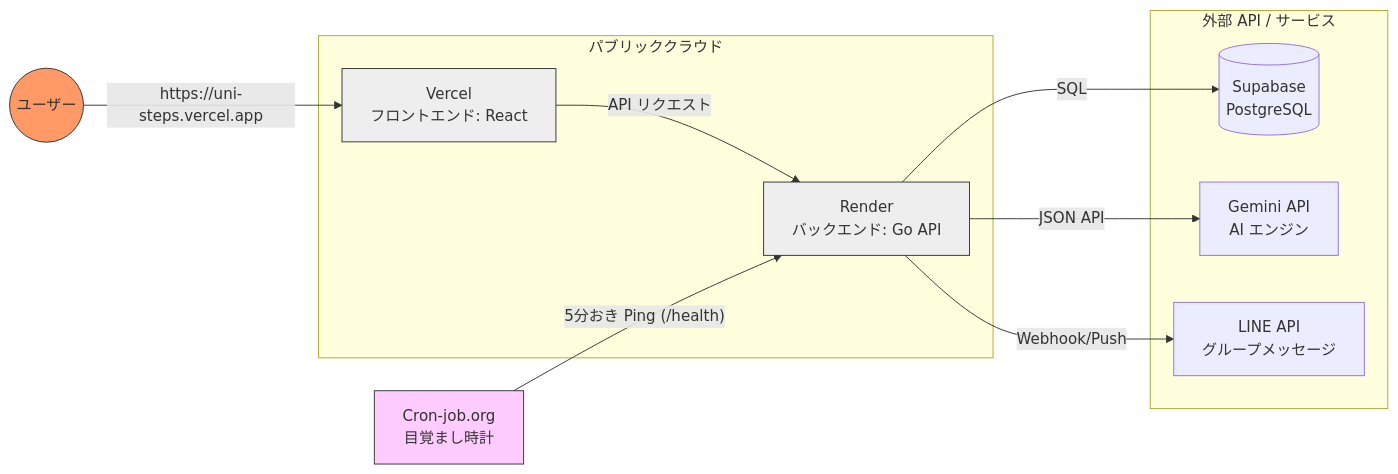
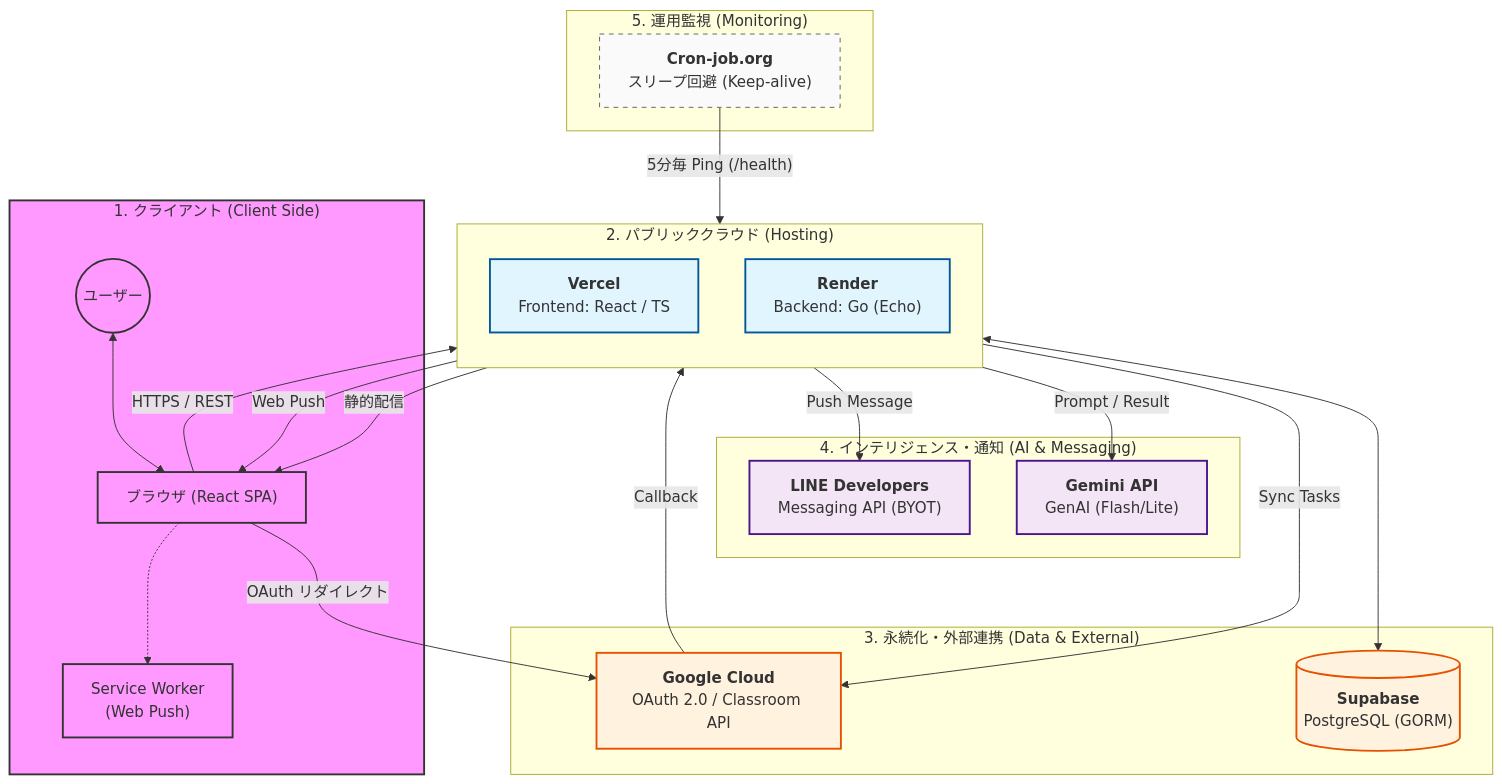
The diagram in docs/infrastructure/architecture.md (yuma25/Uni-Steps), drawn with Mermaid before and after one commit. The commit also changed other lines of this file and 3 other files, not shown here.

First line of the commit message:
feat: サマリー通知の精度向上、UIの整理、およびインフラ構成図の刷新

````diff
--- a/docs/infrastructure/architecture.md
+++ b/docs/infrastructure/architecture.md
@@ -6,29 +11,61 @@
 ```mermaid
-graph LR
-    User((ユーザー))
-    Cron[Cron-job.org<br/>目覚まし時計]
-    
-    subgraph "パブリッククラウド"
-        Vercel[Vercel<br/>フロントエンド: React]
-        Render[Render<br/>バックエンド: Go API]
+graph TB
+    subgraph Client ["1. クライアント (Client Side)"]
+        User((ユーザー))
+        Browser["ブラウザ (React SPA)"]
+        SW["Service Worker<br/>(Web Push)"]
     end
 
-    subgraph "外部 API / サービス"
-        Supabase[(Supabase<br/>PostgreSQL)]
-        Gemini[Gemini API<br/>AI エンジン]
-        LINE[LINE API<br/>グループメッセージ]
+    subgraph Hosting ["2. パブリッククラウド (Hosting)"]
+        direction TB
+        Vercel["<b>Vercel</b><br/>Frontend: React / TS"]
+        Render["<b>Render</b><br/>Backend: Go (Echo)"]
     end
 
-    User -- "https://uni-steps.vercel.app" --> Vercel
-    Vercel -- "API リクエスト" --> Render
-    Cron -- "5分おき Ping (/health)" --> Render
+    subgraph Data ["3. 永続化・外部連携 (Data & External)"]
+        Supabase[("<b>Supabase</b><br/>PostgreSQL (GORM)")]
+        GoogleClassroom["<b>Google Cloud</b><br/>OAuth 2.0 / Classroom API"]
+    end
+
+    subgraph Intelligence ["4. インテリジェンス・通知 (AI & Messaging)"]
+        Gemini["<b>Gemini API</b><br/>GenAI (Flash/Lite)"]
+        LINE["<b>LINE Developers</b><br/>Messaging API (BYOT)"]
+    end
+
+    subgraph External ["5. 運用監視 (Monitoring)"]
+        CronJob["<b>Cron-job.org</b><br/>スリープ回避 (Keep-alive)"]
+    end
+
+    %% --- ネットワーク経路 ---
+    User <--> Browser
+    Browser -- "HTTPS / REST" --> Render
+    Vercel -- "静的配信" --> Browser
+    Render <--> Supabase
     
-    Render -- "SQL" --> Supabase
-    Render -- "JSON API" --> Gemini
-    Render -- "Webhook/Push" --> LINE
+    %% 認証・同期フロー
+    Browser -- "OAuth リダイレクト" --> GoogleClassroom
+    GoogleClassroom -- "Callback" --> Render
+    Render -- "Sync Tasks" --> GoogleClassroom
+    
+    %% 知能・通知
+    Render -- "Prompt / Result" --> Gemini
+    Render -- "Push Message" --> LINE
+    Render -- "Web Push" --> Browser
+    Browser -.-> SW
 
-    style User fill:#f96,stroke:#333
-    style Vercel fill:#eee,stroke:#333
-    style Render fill:#eee,stroke:#333
-    style Cron fill:#fcf,stroke:#333
+    %% 監視
+    CronJob -- "5分毎 Ping (/health)" --> Render
+
+    %% --- スタイリング ---
+    classDef client fill:#f9f,stroke:#333,stroke-width:2px;
+    classDef hosting fill:#e1f5fe,stroke:#01579b,stroke-width:2px;
+    classDef data fill:#fff3e0,stroke:#e65100,stroke-width:2px;
+    classDef intel fill:#f3e5f5,stroke:#4a148c,stroke-width:2px;
+    classDef ext fill:#fafafa,stroke:#616161,stroke-dasharray: 5 5;
+
+    class Client,User,Browser,SW client;
+    class Vercel,Render hosting;
+    class Supabase,GoogleClassroom data;
+    class Gemini,LINE intel;
+    class CronJob ext;
 ```
````
